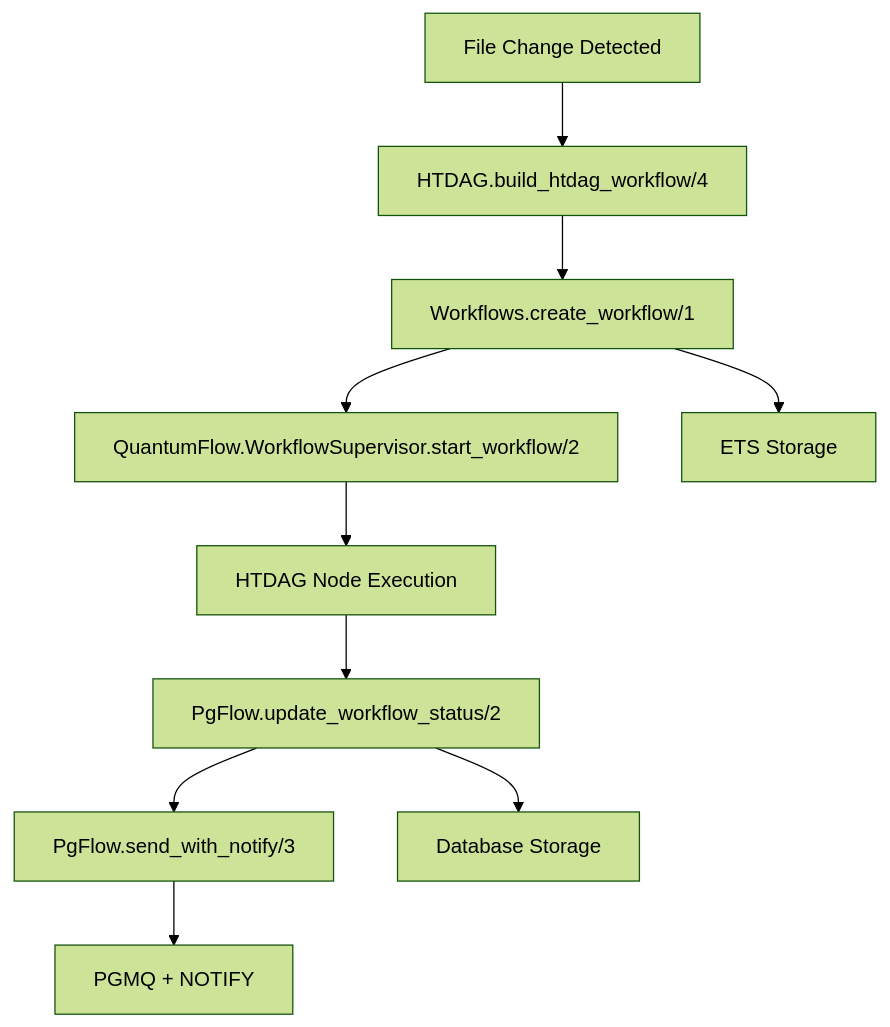
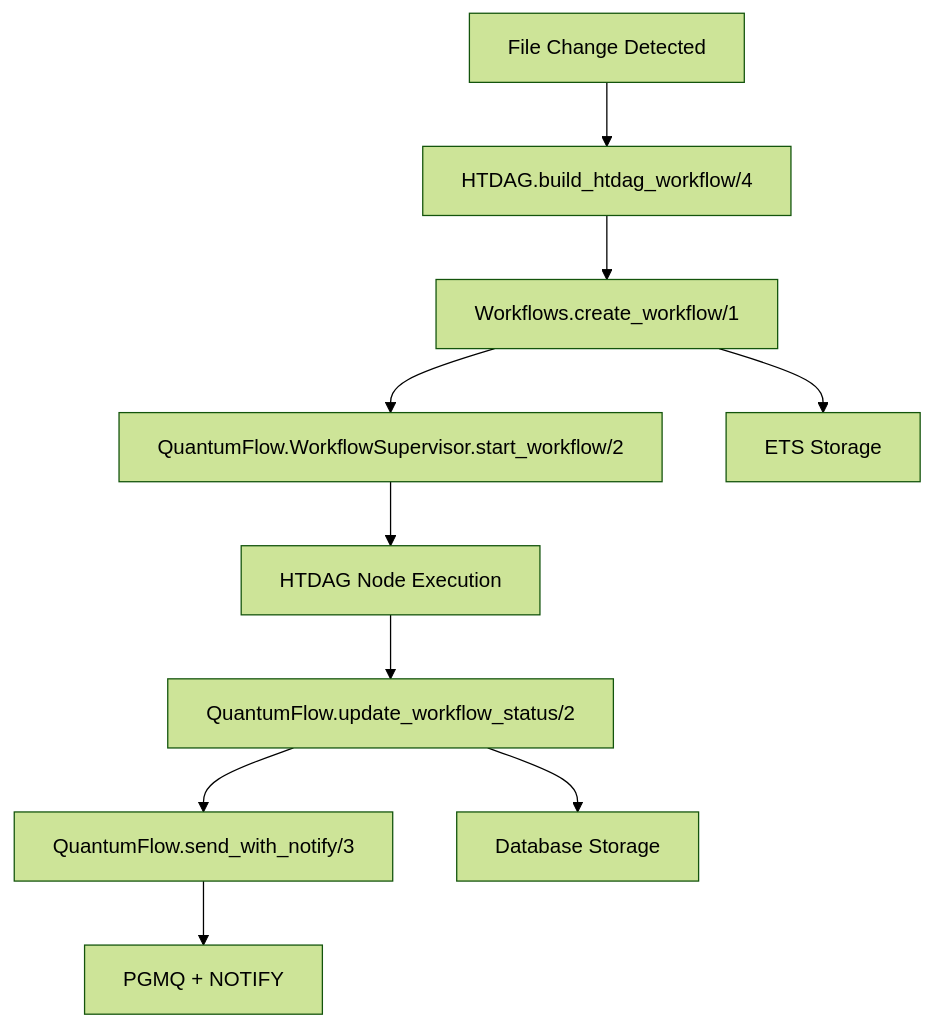
One commit to mikkihugo/ex_llm changed the diagram in nexus/singularity/HTDAG_ARCHITECTURE_CLARIFICATION.md. Above: the diagram before and after it, drawn with Mermaid (forest theme). The commit also changed other lines of this file and 234 other files, not shown here.

````diff
--- a/nexus/singularity/HTDAG_ARCHITECTURE_CLARIFICATION.md
+++ b/nexus/singularity/HTDAG_ARCHITECTURE_CLARIFICATION.md
@@ -51,13 +51,13 @@
 ```mermaid
 graph TD
     A[File Change Detected] --> B[HTDAG.build_htdag_workflow/4]
     B --> C[Workflows.create_workflow/1]
     C --> D[QuantumFlow.WorkflowSupervisor.start_workflow/2]
     D --> E[HTDAG Node Execution]
-    E --> F[PgFlow.update_workflow_status/2]
-    F --> G[PgFlow.send_with_notify/3]
+    E --> F[QuantumFlow.update_workflow_status/2]
+    F --> G[QuantumFlow.send_with_notify/3]
     
     C --> H[ETS Storage]
     F --> I[Database Storage]
     G --> J[PGMQ + NOTIFY]
 ```
````
